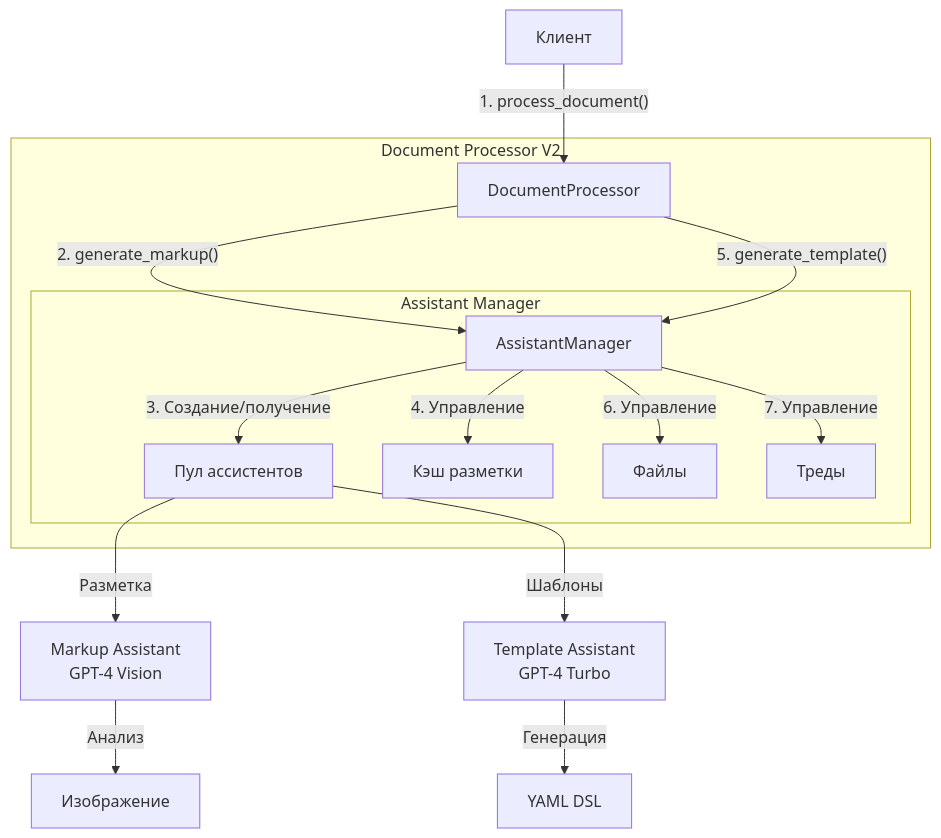
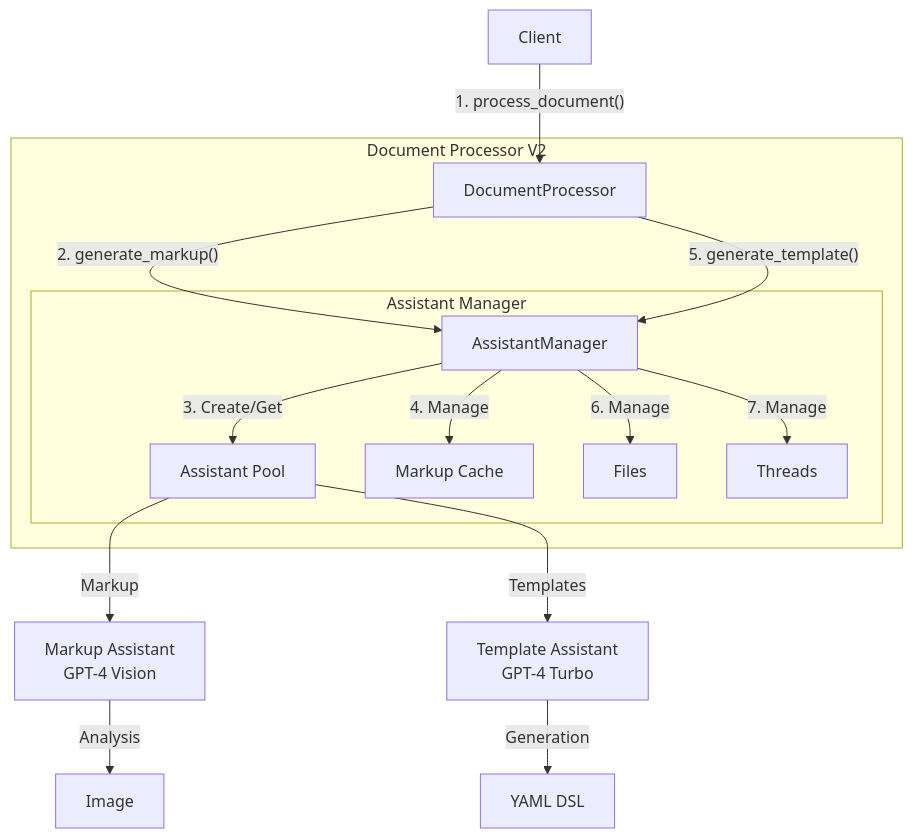
Before and after one commit to olegische/roro-tasks: the first of 7 diagrams in docs-task/document_processor_v2/ARCHITECTURE.md, drawn with Mermaid. The commit also changed other lines of this file, not shown here.

````diff
--- a/docs-task/document_processor_v2/ARCHITECTURE.md
+++ b/docs-task/document_processor_v2/ARCHITECTURE.md
@@ -5,22 +5,22 @@
 ```mermaid
 graph TB
-    Client[Клиент] -->|"1. process_document()"| DP[DocumentProcessor]
+    Client[Client] -->|"1. process_document()"| DP[DocumentProcessor]
     
     subgraph "Document Processor V2"
         DP -->|"2. generate_markup()"| AM[AssistantManager]
         DP -->|"5. generate_template()"| AM
         
         subgraph "Assistant Manager"
-            AM -->|"3. Создание/получение"| Assistants[Пул ассистентов]
-            AM -->|"4. Управление"| Cache[Кэш разметки]
-            AM -->|"6. Управление"| Files[Файлы]
-            AM -->|"7. Управление"| Threads[Треды]
+            AM -->|"3. Create/Get"| Assistants[Assistant Pool]
+            AM -->|"4. Manage"| Cache[Markup Cache]
+            AM -->|"6. Manage"| Files[Files]
+            AM -->|"7. Manage"| Threads[Threads]
         end
     end
     
-    Assistants -->|"Разметка"| MA[Markup Assistant\nGPT-4 Vision]
-    Assistants -->|"Шаблоны"| TA[Template Assistant\nGPT-4 Turbo]
+    Assistants -->|"Markup"| MA[Markup Assistant\nGPT-4 Vision]
+    Assistants -->|"Templates"| TA[Template Assistant\nGPT-4 Turbo]
     
-    MA -->|"Анализ"| Image[Изображение]
-    TA -->|"Генерация"| DSL[YAML DSL]
+    MA -->|"Analysis"| Image[Image]
+    TA -->|"Generation"| DSL[YAML DSL]
 ```
````
